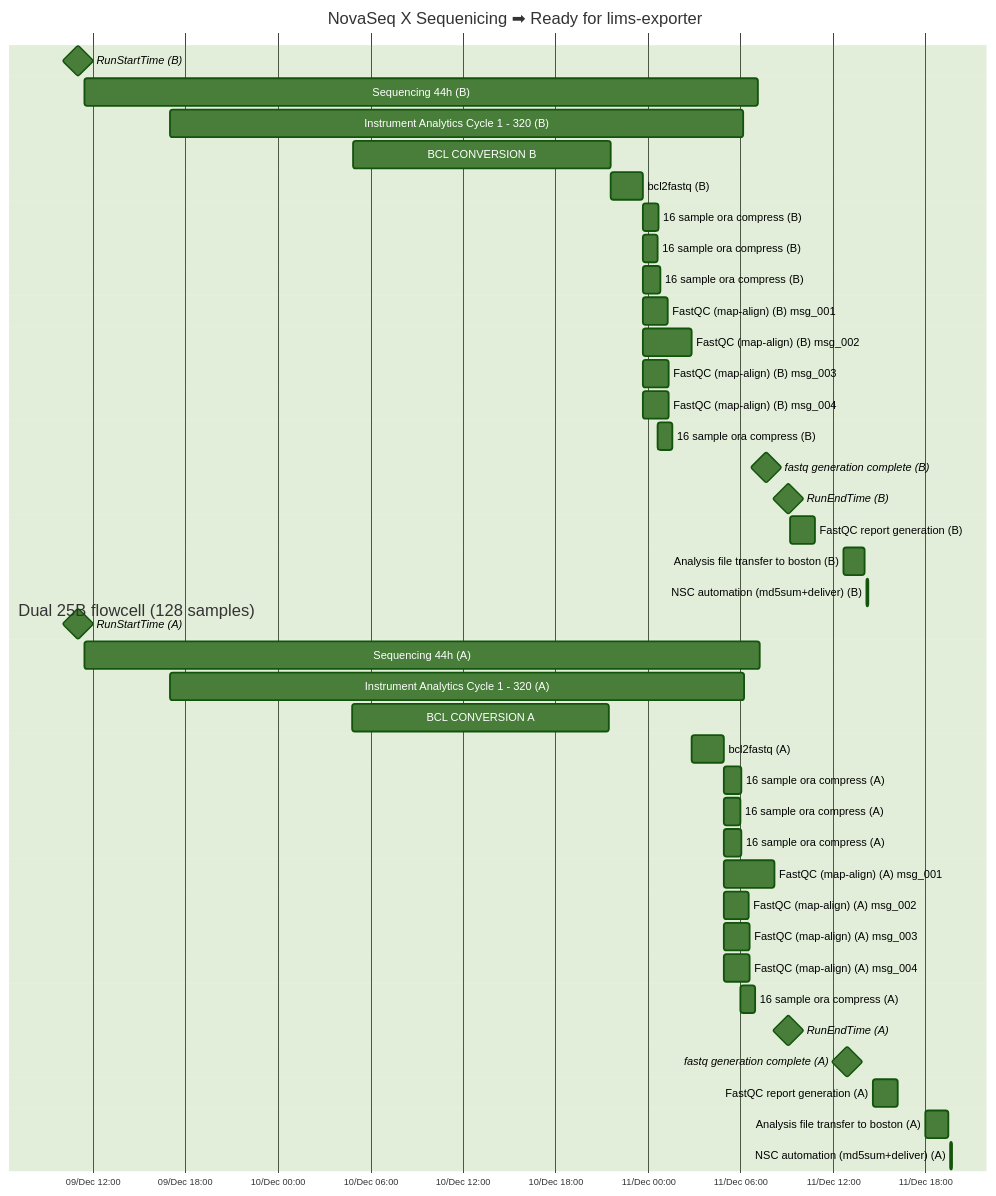
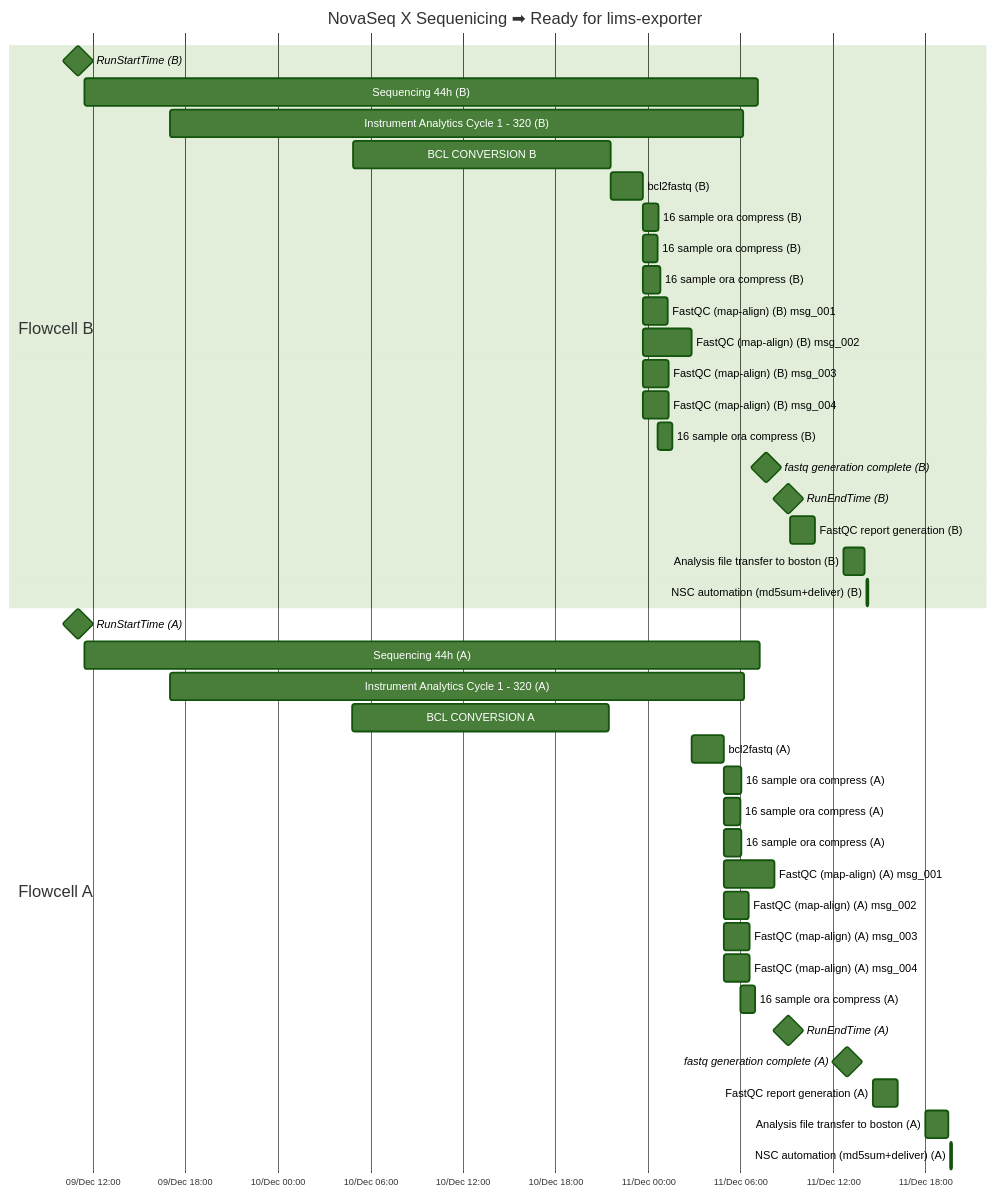
The fourth of 13 diagrams in projects/wgs_upscale/wgs_upscaling_bioinf_pipeline.qmd (xuyangy/website), drawn with Mermaid before and after one commit. The commit also changed other lines of this file and 1 other file, not shown here.

````diff
--- a/projects/wgs_upscale/wgs_upscaling_bioinf_pipeline.qmd
+++ b/projects/wgs_upscale/wgs_upscaling_bioinf_pipeline.qmd
@@ -285,56 +297,57 @@
 ```{mermaid}
 %%| label: fig-dual-25B-flowcell-2nd-analysis-bcl-convert-only
 %%| fig-cap: Dual 25B flowcell 2nd Analysis BCL Convert only NovaSeq X reported time
 gantt
 %%{ 
   init: { 
     'theme': 'forest' ,
     'gantt': {
       'barHeight': 30,
       'fontSize': 12,
       'sectionFontSize': 18
     }
   } 
 }%%
 dateFormat YYYY-MM-DD HH:mm:ss
 axisFormat %d/%b %H:%M
 title NovaSeq X Sequenicing ➡  Ready for lims-exporter
-section Dual 25B flowcell (128 samples)
+section Flowcell B
 RunStartTime (B): milestone, 2024-12-09 11:03:53, 0d
 Sequencing 44h (B): seq, 2024-12-09 11:30:41, 2024-12-11 07:09:03
 Instrument Analytics Cycle 1 - 320 (B): 2024-12-09 17:01:58, 2024-12-11 06:09:02
 BCL CONVERSION B: convB, 2024-12-10 04:52:36, 2024-12-10 21:33:20
 bcl2fastq (B): 2024-12-10 21:33:21, 2024-12-10 23:39:08
 16 sample ora compress (B): 2024-12-10 23:39:09, 2024-12-11 00:40:27
 16 sample ora compress (B): 2024-12-10 23:39:09, 2024-12-11 00:36:40
 16 sample ora compress (B): 2024-12-10 23:39:09, 2024-12-11 00:47:16
 FastQC (map-align) (B) msg_001: 2024-12-10 23:39:09, 2024-12-11 01:16:52
 FastQC (map-align) (B) msg_002: 2024-12-10 23:39:09, 2024-12-11 02:49:01
 FastQC (map-align) (B) msg_003: 2024-12-10 23:39:09, 2024-12-11 01:21:56
 FastQC (map-align) (B) msg_004: 2024-12-10 23:39:09, 2024-12-11 01:21:20
 16 sample ora compress (B): 2024-12-11 00:36:40, 2024-12-11 01:33:13
 fastq generation complete (B): milestone, 2024-12-11 07:39:08, 0d
 RunEndTime (B): milestone, 2024-12-11 09:04:23, 0d
 FastQC report generation (B): 2024-12-11 09:12:00, 2024-12-11 10:50:00
 Analysis file transfer to boston (B): 2024-12-11 12:40:00, 2024-12-11 14:02:00
 NSC automation (md5sum+deliver) (B):  2024-12-11 14:10:02, 2024-12-11 14:16:49
+section Flowcell A
 RunStartTime (A): milestone, 2024-12-09 11:03:52, 0d
 Sequencing 44h (A): seq, 2024-12-09 11:30:37, 2024-12-11 07:12:55
 Instrument Analytics Cycle 1 - 320 (A): 2024-12-09 17:02:34, 2024-12-11 06:12:54
 BCL CONVERSION A: convA, 2024-12-10 04:49:52, 2024-12-10 21:29:01
 bcl2fastq (A): 2024-12-11 02:51:04, 2024-12-11 04:54:52
 16 sample ora compress (A): 2024-12-11 04:54:52, 2024-12-11 06:03:44
 16 sample ora compress (A): 2024-12-11 04:54:52, 2024-12-11 06:00:23
 16 sample ora compress (A): 2024-12-11 04:54:52, 2024-12-11 06:04:37
 FastQC (map-align) (A) msg_001: 2024-12-11 04:54:52, 2024-12-11 08:11:00
 FastQC (map-align) (A) msg_002: 2024-12-11 04:54:52, 2024-12-11 06:32:46
 FastQC (map-align) (A) msg_003: 2024-12-11 04:54:52, 2024-12-11 06:34:32
 FastQC (map-align) (A) msg_004: 2024-12-11 04:54:52, 2024-12-11 06:35:42
 16 sample ora compress (A): 2024-12-11 06:00:23, 2024-12-11 06:57:40
 RunEndTime (A): milestone, 2024-12-11 09:04:23, 0d
 fastq generation complete (A): milestone, 2024-12-11 12:54:52, 0d
 FastQC report generation (A): 2024-12-11 14:33:00, 2024-12-11 16:12:00
 Analysis file transfer to boston (A): 2024-12-11 18:00:00, 2024-12-11 19:27:00
 NSC automation (md5sum+deliver) (A):  2024-12-11 19:35:01,  2024-12-11 19:42:11
 
 ```
````
